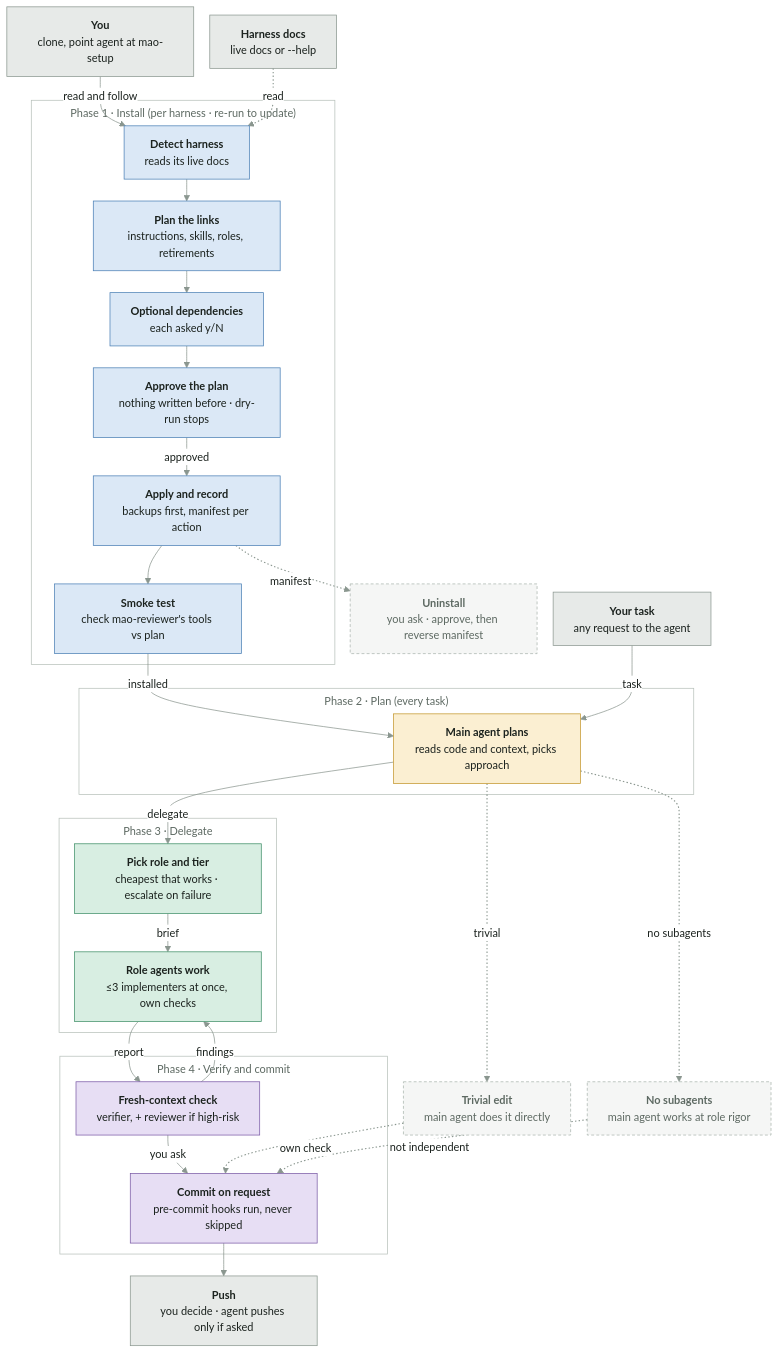
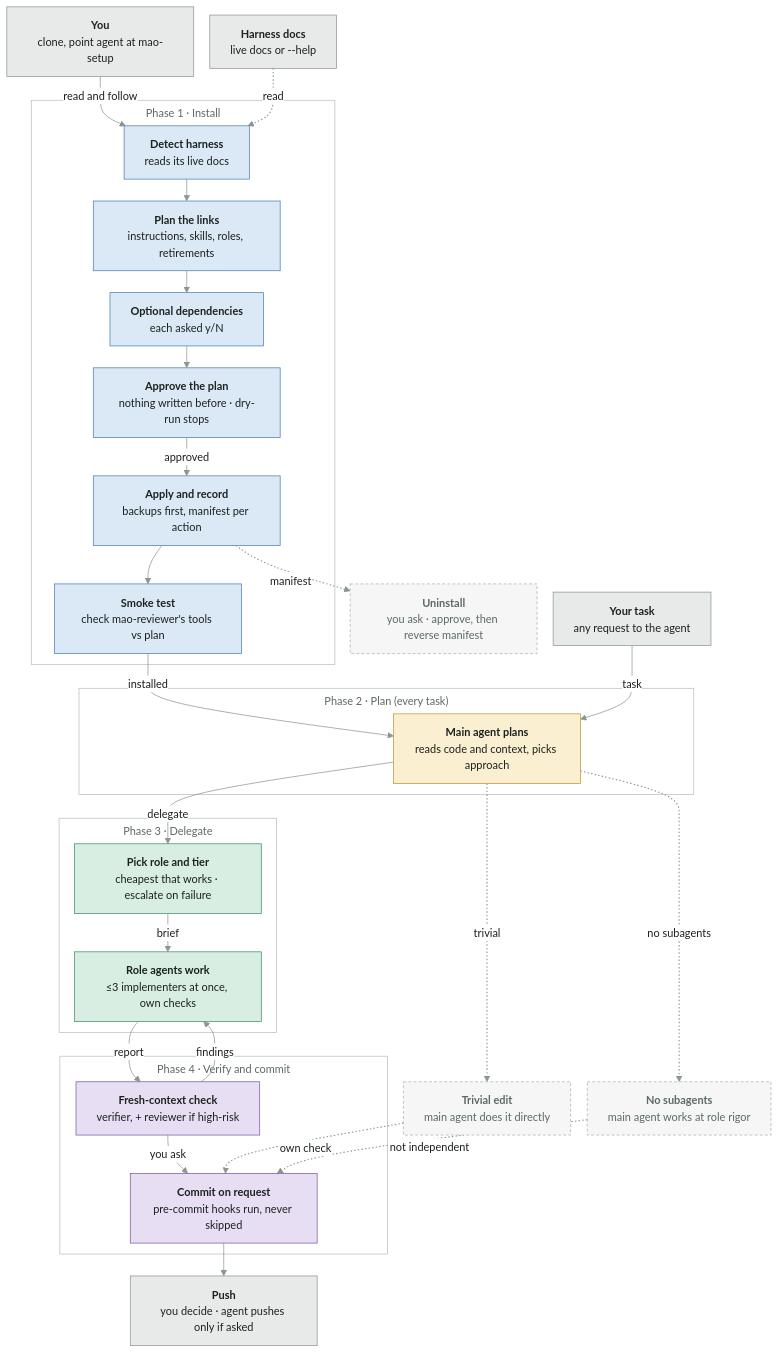
The first of 3 diagrams in flow-map.md (Gamebreack/multi-agent-orchestration), drawn with Mermaid before and after one commit. The commit also changed other lines of this file and 8 other files, not shown here.

````diff
--- a/flow-map.md
+++ b/flow-map.md
@@ -12,75 +12,75 @@
 ```mermaid
 %%{init: {"theme":"base","themeVariables":{"fontFamily":"system-ui, -apple-system, Segoe UI, sans-serif","fontSize":"15px","primaryTextColor":"#1b221e","lineColor":"#8a968f","clusterBkg":"transparent","clusterBorder":"#b7c0ba","titleColor":"#5d6962","edgeLabelBackground":"#ffffff"},"flowchart":{"curve":"basis","nodeSpacing":22,"rankSpacing":30,"padding":14,"htmlLabels":true,"subGraphTitleMargin":{"top":6,"bottom":14}}}}%%
 flowchart TD
     U["<b>You</b><br/>clone, point agent at mao-setup"]
     HD["<b>Harness docs</b><br/>live docs or --help"]
     REQ["<b>Your task</b><br/>any request to the agent"]
     PUSH["<b>Push</b><br/>you decide · agent pushes only if asked"]
     UN["<b>Uninstall</b><br/>you ask · approve, then reverse manifest"]
     TRIV["<b>Trivial edit</b><br/>main agent does it directly"]
     FB["<b>No subagents</b><br/>main agent works at role rigor"]
 
-    subgraph F1["Phase 1 · Install (per harness · re-run to update)"]
+    subgraph F1["Phase 1 · Install"]
         S1["<b>Detect harness</b><br/>reads its live docs"]
         S2["<b>Plan the links</b><br/>instructions, skills, roles, retirements"]
         S3["<b>Optional dependencies</b><br/>each asked y/N"]
         S4["<b>Approve the plan</b><br/>nothing written before · dry-run stops"]
         S5["<b>Apply and record</b><br/>backups first, manifest per action"]
         S6["<b>Smoke test</b><br/>check mao-reviewer's tools vs plan"]
     end
 
     subgraph F2["Phase 2 · Plan (every task)"]
         P1["<b>Main agent plans</b><br/>reads code and context, picks approach"]
     end
 
     subgraph F3["Phase 3 · Delegate"]
         D1["<b>Pick role and tier</b><br/>cheapest that works · escalate on failure"]
         D2["<b>Role agents work</b><br/>≤3 implementers at once, own checks"]
     end
 
     subgraph F4["Phase 4 · Verify and commit"]
         V1["<b>Fresh-context check</b><br/>verifier, + reviewer if high-risk"]
         C1["<b>Commit on request</b><br/>pre-commit hooks run, never skipped"]
     end
 
     U -->|"read and follow"| S1
     %% 1: read-only
     HD -.->|"read"| S1
     S1 --> S2
     S2 --> S3
     S3 --> S4
     S4 -->|"approved"| S5
     S5 --> S6
     S6 -->|"installed"| P1
     REQ -->|"task"| P1
     %% 9: side path
     P1 -.->|"trivial"| TRIV
     P1 -->|"delegate"| D1
     %% 11: side path
     P1 -.->|"no subagents"| FB
     D1 -->|"brief"| D2
     D2 -->|"report"| V1
     V1 -->|"findings"| D2
     V1 -->|"you ask"| C1
     C1 --> PUSH
     %% 17: side path
     S5 -.->|"manifest"| UN
     %% 18: side path
     TRIV -.->|"own check"| C1
     %% 19: side path
     FB -.->|"not independent"| C1
 
     classDef ext fill:#e7eae8,stroke:#8a968f,color:#1b221e
     classDef p1 fill:#dbe8f6,stroke:#4a7fb5,color:#1b221e
     classDef p2 fill:#fbefd2,stroke:#c3962c,color:#1b221e
     classDef p3 fill:#d8eee2,stroke:#3f8f68,color:#1b221e
     classDef p4 fill:#e7def4,stroke:#7a5aa6,color:#1b221e
     classDef side fill:#f5f6f5,stroke:#a9b4ad,color:#5d6962,stroke-dasharray:4 3
     class U,HD,REQ,PUSH ext
     class S1,S2,S3,S4,S5,S6 p1
     class P1 p2
     class D1,D2 p3
     class V1,C1 p4
     class UN,TRIV,FB side
     linkStyle 1,9,11,17,18,19 stroke:#8a968f,stroke-width:1.5px,stroke-dasharray:2 3
 ```
````
